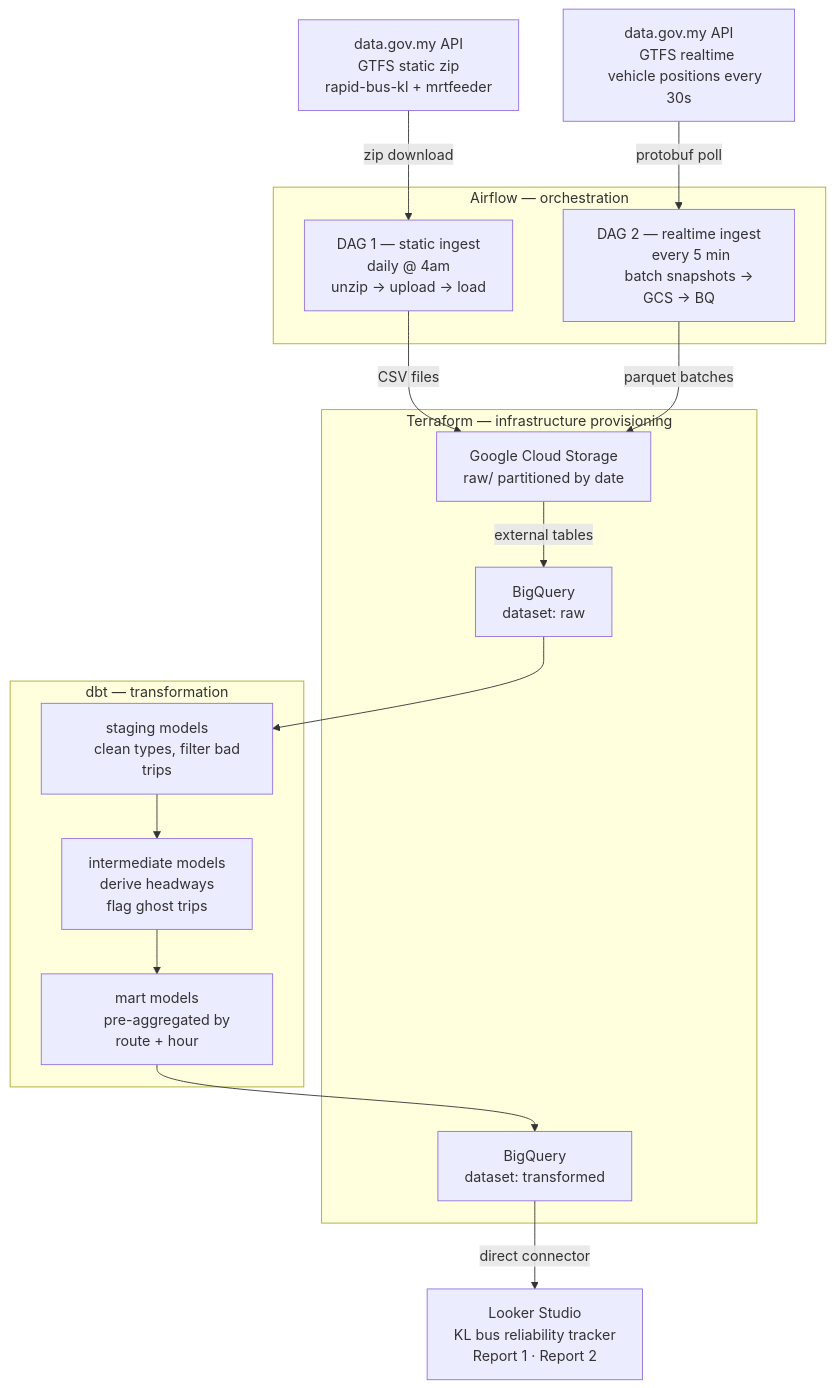
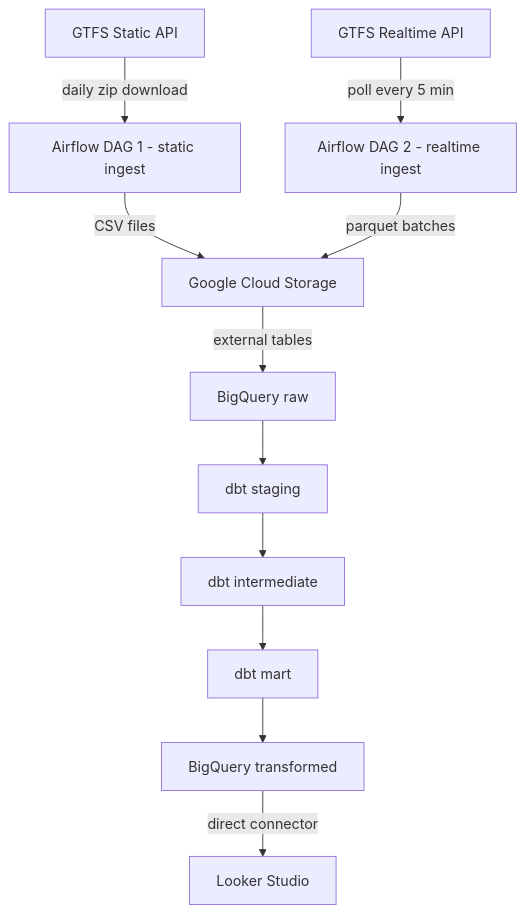
The diagram in README.md (nicolenair/kl-bus-reliability-tracker), drawn with Mermaid before and after one commit. The commit also changed other lines of this file and 7 other files, not shown here.

````diff
--- a/README.md
+++ b/README.md
@@ -12,52 +13,18 @@
 ```mermaid
 flowchart TD
-    A1["data.gov.my API
-    GTFS static zip
-    rapid-bus-kl + mrtfeeder"]
-    A2["data.gov.my API
-    GTFS realtime
-    vehicle positions every 30s"]
+    A1[GTFS Static API] -->|daily zip download| DAG1
+    A2[GTFS Realtime API] -->|poll every 5 min| DAG2
 
-    subgraph TF["Terraform — infrastructure provisioning"]
-      GCS["Google Cloud Storage
-      raw/ partitioned by date"]
-      BQR["BigQuery
-      dataset: raw"]
-      BQT["BigQuery
-      dataset: transformed"]
-    end
+    DAG1[Airflow DAG 1 - static ingest] -->|CSV files| GCS
+    DAG2[Airflow DAG 2 - realtime ingest] -->|parquet batches| GCS
 
-    subgraph AF["Airflow — orchestration"]
-      DAG1["DAG 1 — static ingest
-      daily @ 4am
-      unzip → upload → load"]
-      DAG2["DAG 2 — realtime ingest
-      every 5 min
-      batch snapshots → GCS → BQ"]
-    end
+    GCS[Google Cloud Storage] -->|external tables| BQR
 
-    subgraph DBT["dbt — transformation"]
-      STG["staging models
-      clean types, filter bad trips"]
-      INT["intermediate models
-      derive headways
-      flag ghost trips"]
-      MRT["mart models
-      pre-aggregated by route + hour"]
-    end
+    BQR[BigQuery raw] --> STG
+    STG[dbt staging] --> INT
+    INT[dbt intermediate] --> MRT
+    MRT[dbt mart] --> BQT
 
-    LS["Looker Studio
-    KL bus reliability tracker
-    Report 1 · Report 2"]
-
-    A1 -->|"zip download"| DAG1
-    A2 -->|"protobuf poll"| DAG2
-    DAG1 -->|"CSV files"| GCS
-    DAG2 -->|"parquet batches"| GCS
-    GCS -->|"external tables"| BQR
-    BQR --> STG
-    STG --> INT
-    INT --> MRT
-    MRT --> BQT
-    BQT -->|"direct connector"| LS
+    BQT[BigQuery transformed] -->|direct connector| LS
+    LS[Looker Studio]
 ```
````
